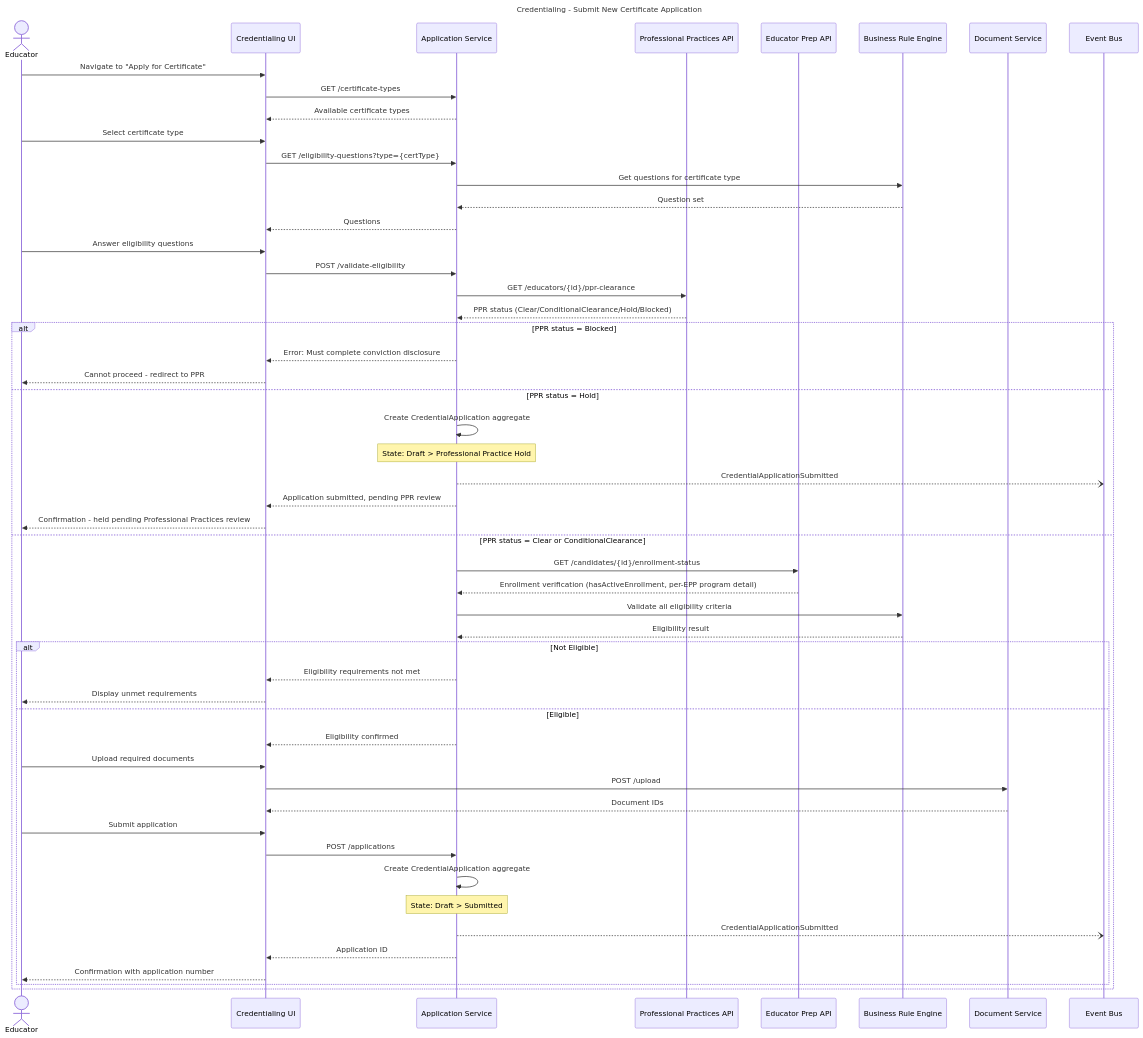
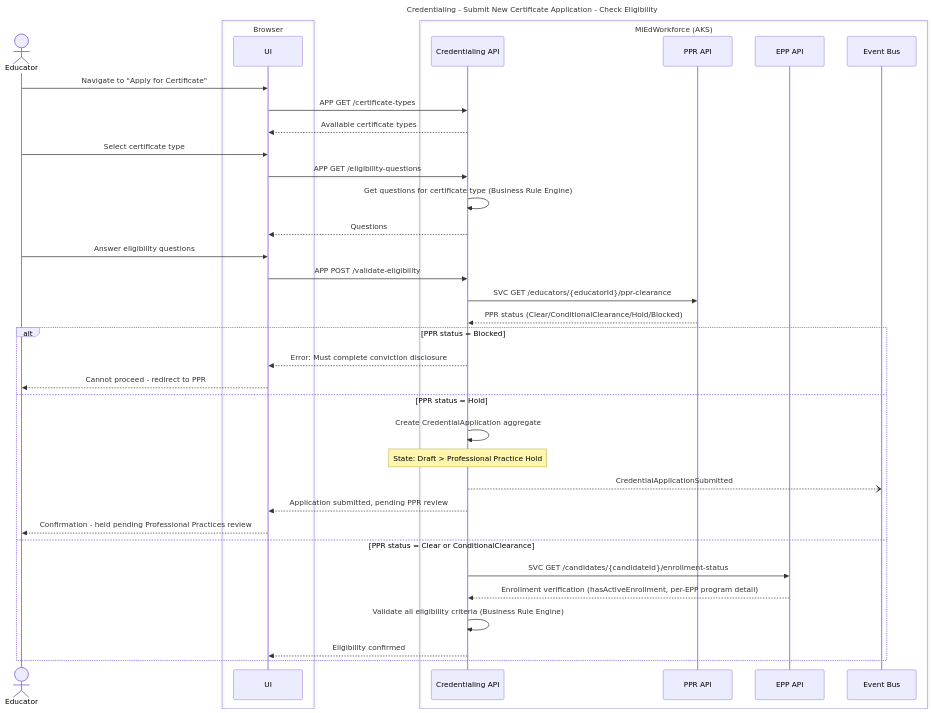
One commit to mnichols-dl/mied-design changed the first of 23 diagrams in working-docs/solution-areas/credentialing/credentialing-sequences.md. Above: the diagram before and after it, drawn with Mermaid. The commit also changed other lines of this file and 34 other files, not shown here.

Commit message:
Update sequences and perform RTM assessment

````diff
--- a/working-docs/solution-areas/credentialing/credentialing-sequences.md
+++ b/working-docs/solution-areas/credentialing/credentialing-sequences.md
@@ -20,65 +25,46 @@
 ```mermaid
 ---
-title: Credentialing - Submit New Certificate Application
+title: Credentialing - Submit New Certificate Application - Check Eligibility
 ---
 sequenceDiagram
     actor Educator
-    participant UI as Credentialing UI
-    participant AppService as Application Service
-    participant PPR as Professional Practices API
-    participant EPP as Educator Prep API
-    participant BRM as Business Rule Engine
-    participant DocService as Document Service
-    participant EventBus as Event Bus
-    
+    box Browser
+        participant UI
+    end
+    box MiEdWorkforce (AKS)
+        participant CredApi as Credentialing API
+        participant PprApi as PPR API
+        participant EppApi as EPP API
+        participant EventBus as Event Bus
+    end
+
     Educator->>UI: Navigate to "Apply for Certificate"
-    UI->>AppService: GET /certificate-types
-    AppService-->>UI: Available certificate types
-    
+    UI->>CredApi: APP GET /certificate-types
+    CredApi-->>UI: Available certificate types
+
     Educator->>UI: Select certificate type
-    UI->>AppService: GET /eligibility-questions?type={certType}
-    AppService->>BRM: Get questions for certificate type
-    BRM-->>AppService: Question set
-    AppService-->>UI: Questions
-    
+    UI->>CredApi: APP GET /eligibility-questions
+    CredApi->>CredApi: Get questions for certificate type (Business Rule Engine)
+    CredApi-->>UI: Questions
+
     Educator->>UI: Answer eligibility questions
-    UI->>AppService: POST /validate-eligibility
-    AppService->>PPR: GET /educators/{id}/ppr-clearance
-    PPR-->>AppService: PPR status (Clear/ConditionalClearance/Hold/Blocked)
-    
+    UI->>CredApi: APP POST /validate-eligibility
+    CredApi->>PprApi: SVC GET /educators/{educatorId}/ppr-clearance
+    PprApi-->>CredApi: PPR status (Clear/ConditionalClearance/Hold/Blocked)
+
     alt PPR status = Blocked
-        AppService-->>UI: Error: Must complete conviction disclosure
+        CredApi-->>UI: Error: Must complete conviction disclosure
         UI-->>Educator: Cannot proceed - redirect to PPR
     else PPR status = Hold
-        AppService->>AppService: Create CredentialApplication aggregate
-        Note over AppService: State: Draft > Professional Practice Hold
-        AppService--)EventBus: CredentialApplicationSubmitted
-        AppService-->>UI: Application submitted, pending PPR review
+        CredApi->>CredApi: Create CredentialApplication aggregate
+        Note over CredApi: State: Draft > Professional Practice Hold
+        CredApi--)EventBus: CredentialApplicationSubmitted
+        CredApi-->>UI: Application submitted, pending PPR review
         UI-->>Educator: Confirmation - held pending Professional Practices review
     else PPR status = Clear or ConditionalClearance
-        AppService->>EPP: GET /candidates/{id}/enrollment-status
-        EPP-->>AppService: Enrollment verification (hasActiveEnrollment, per-EPP program detail)
-        AppService->>BRM: Validate all eligibility criteria
-        BRM-->>AppService: Eligibility result
-        
-        alt Not Eligible
-            AppService-->>UI: Eligibility requirements not met
-            UI-->>Educator: Display unmet requirements
-        else Eligible
-            AppService-->>UI: Eligibility confirmed
-            
-            Educator->>UI: Upload required documents
-            UI->>DocService: POST /upload
-            DocService-->>UI: Document IDs
-            
-            Educator->>UI: Submit application
-            UI->>AppService: POST /applications
-            AppService->>AppService: Create CredentialApplication aggregate
-            Note over AppService: State: Draft > Submitted
-            
-            AppService--)EventBus: CredentialApplicationSubmitted
-            AppService-->>UI: Application ID
-            UI-->>Educator: Confirmation with application number
-        end
+        CredApi->>EppApi: SVC GET /candidates/{candidateId}/enrollment-status
+        EppApi-->>CredApi: Enrollment verification (hasActiveEnrollment, per-EPP program detail)
+        CredApi->>CredApi: Validate all eligibility criteria (Business Rule Engine)
+        CredApi-->>UI: Eligibility confirmed
     end
 ```
````
